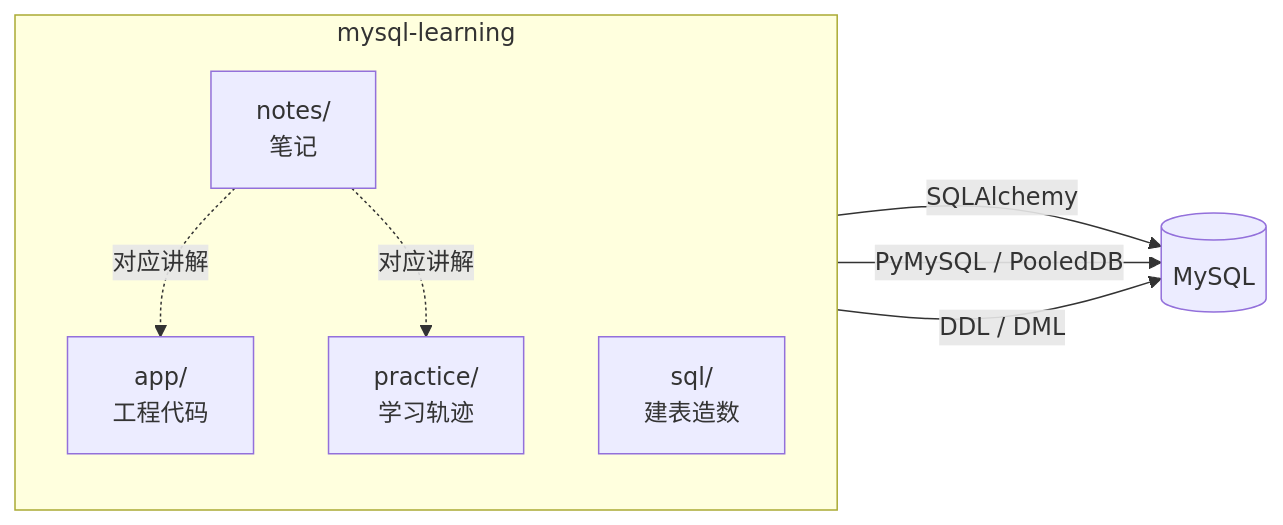
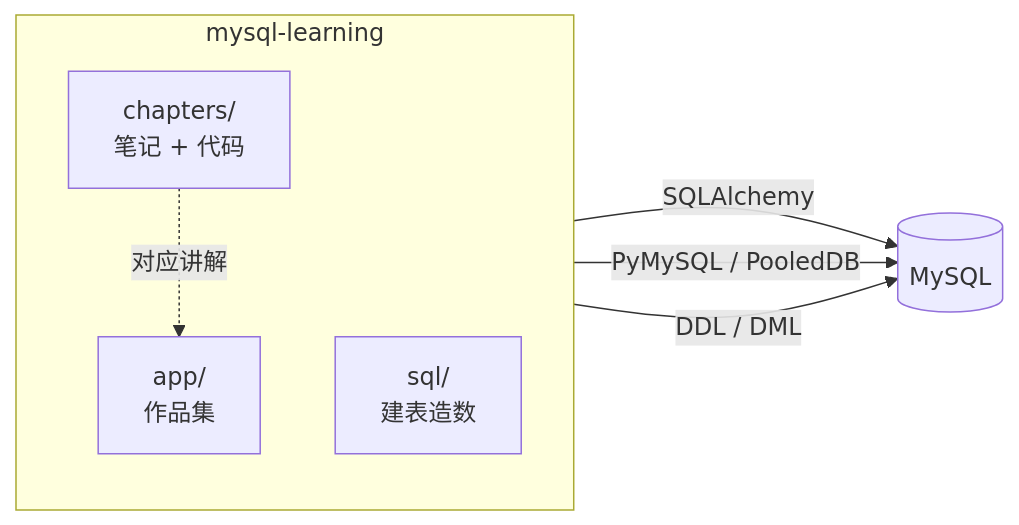
One commit to hqw77/mysql-learn changed the second of 2 diagrams in docs/ARCHITECTURE.md. Above: the diagram before and after it, drawn with Mermaid. The commit also changed other lines of this file and 31 other files, not shown here.

First line of the commit message:
refactor: 每章一个父目录 —— chapters/chNN/{notes,code}，笔记与代码分开放

````diff
--- a/docs/ARCHITECTURE.md
+++ b/docs/ARCHITECTURE.md
@@ -200,16 +200,14 @@
 ```mermaid
 flowchart LR
     subgraph repo["mysql-learning"]
         direction TB
-        app["app/<br/>工程代码"]
-        practice["practice/<br/>学习轨迹"]
-        notes["notes/<br/>笔记"]
+        app["app/<br/>作品集"]
+        chapters["chapters/<br/>笔记 + 代码"]
         sql["sql/<br/>建表造数"]
     end
 
     app -->|SQLAlchemy| mysql[("MySQL")]
-    practice -->|PyMySQL / PooledDB| mysql
+    chapters -->|PyMySQL / PooledDB| mysql
     sql -->|DDL / DML| mysql
-    notes -.->|对应讲解| app
-    notes -.->|对应讲解| practice
+    chapters -.->|对应讲解| app
 ```
````
